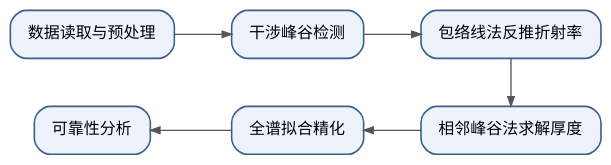
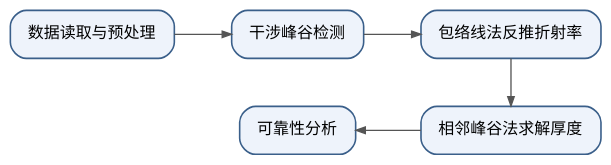
The diagram in 5 模型的建立与求解/5.2 问题2/问题二算法流程图.dot (Genkaim/math-model-2025), drawn with Graphviz before and after one commit. The commit also changed 1 other file, not shown here.

Commit message:
更改流程图

```diff
--- a/5 模型的建立与求解/5.2 问题2/问题二算法流程图.dot
+++ b/5 模型的建立与求解/5.2 问题2/问题二算法流程图.dot
@@ -1,30 +1,27 @@
-// 问题二算法总体流程图（蛇形两行排布：上行 a→b→c，下行 d→e→f 自右向左接续）
+// 问题二算法总体流程图（蛇形两行排布：上行 a→b→c，下行 d→f 自右向左接续）
 // 渲染：dot -Tsvg -o "../../图片/图4 问题二算法流程图.svg" "问题二算法流程图.dot"
 // 字体约定：中文 SimSun（宋体），西文/数学符号 Times New Roman
 digraph G {
     rankdir=LR;
     bgcolor="transparent";
     nodesep=0.5;
     ranksep=0.6;
     node [shape=box, style="rounded,filled", fillcolor="#eef3fb", color="#3a5f8a",
           penwidth=1.2, margin="0.18,0.12"];
     edge [color="#555555", arrowsize=0.7, penwidth=1.0];
 
     a [label=<<FONT FACE="SimSun" POINT-SIZE="12">数据读取与预处理</FONT>>];
     b [label=<<FONT FACE="SimSun" POINT-SIZE="12">干涉峰谷检测</FONT>>];
     c [label=<<FONT FACE="SimSun" POINT-SIZE="12">包络线法反推折射率</FONT>>];
     d [label=<<FONT FACE="SimSun" POINT-SIZE="12">相邻峰谷法求解厚度</FONT>>];
-    e [label=<<FONT FACE="SimSun" POINT-SIZE="12">全谱拟合精化</FONT>>];
     f [label=<<FONT FACE="SimSun" POINT-SIZE="12">可靠性分析</FONT>>];
 
     a -> b;
     b -> c;
     c -> d;
-    d -> e;
-    e -> f;
+    d -> f;
 
-    // 蛇形两行：c 与 d 同列（垂直衔接），b/e、a/f 分别同列
+    // 蛇形两行：c 与 d 同列（垂直衔接），b 与 f 同列
     {rank=same; c; d;}
-    {rank=same; b; e;}
-    {rank=same; a; f;}
+    {rank=same; b; f;}
 }
```
